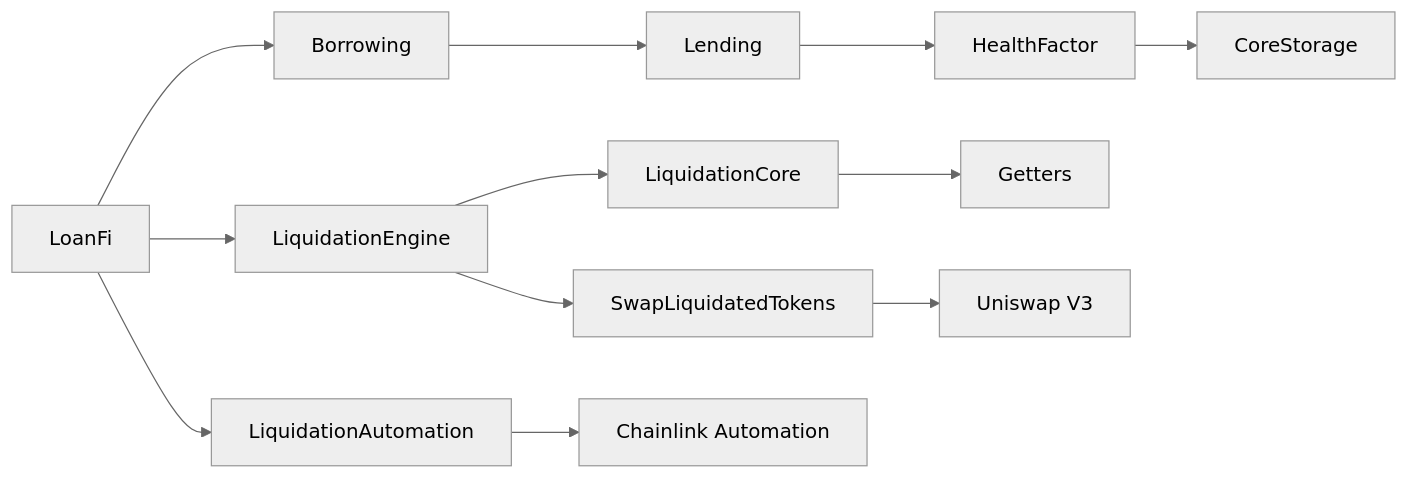
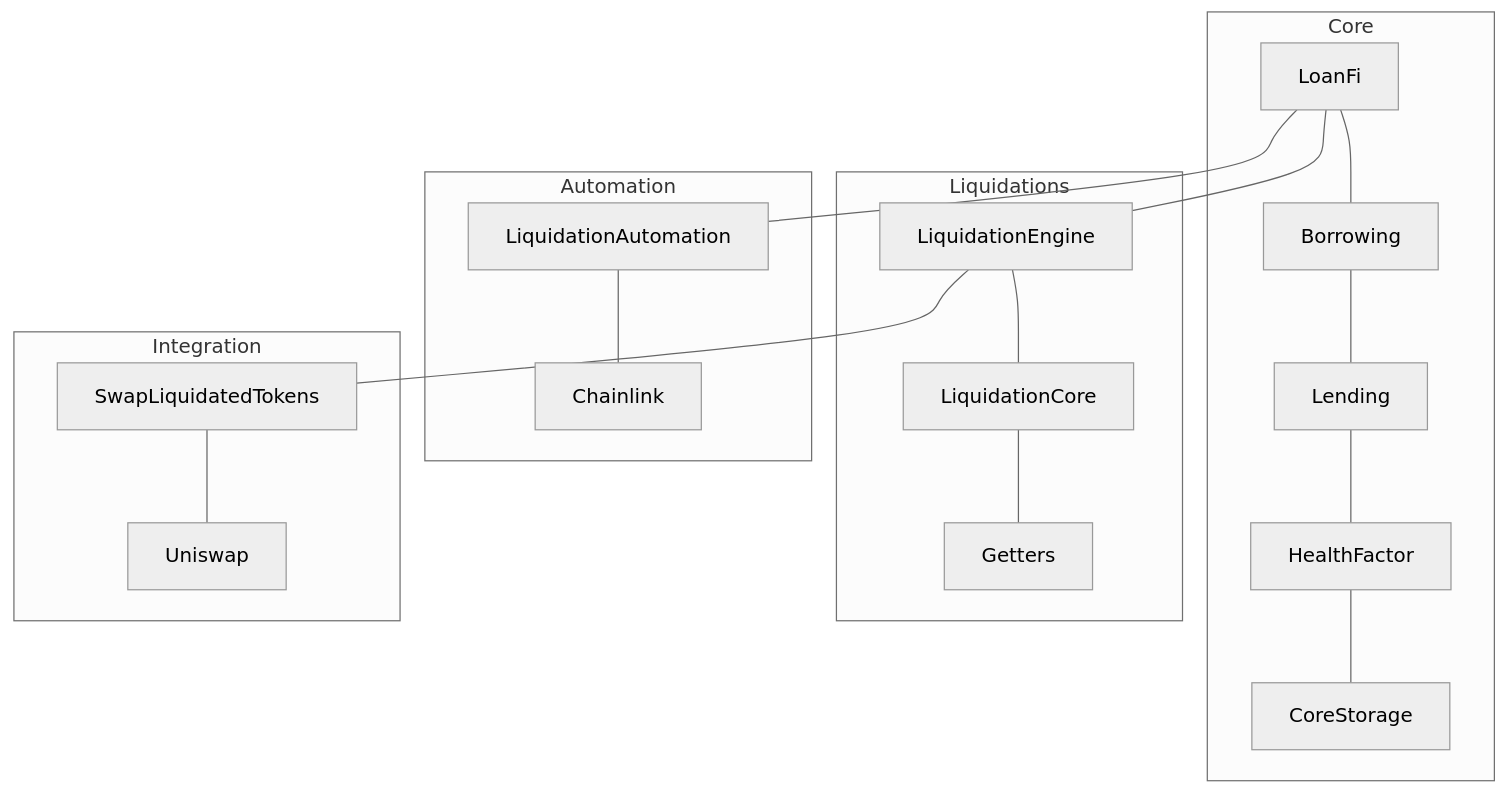
Before and after one commit to SquilliamX/LoanFi-Protocol: the diagram in README.md, drawn with Mermaid (neutral theme).

Commit message:
Refactor README.md to enhance protocol architecture visualization
- Updated the protocol architecture diagram from a linear representation to a modular flowchart format, improving clarity and understanding of the LoanFi Protocol's components.
- Organized the diagram into distinct subgraphs for Core, Liquidations, Automation, and Integration, highlighting the separation of concerns within the architecture.

````diff
--- a/README.md
+++ b/README.md
@@ -69,14 +69,22 @@
 ```mermaid
-graph LR
-    A[LoanFi] --> B[Borrowing]
-    B --> C[Lending]
-    C --> D[HealthFactor]
-    D --> E[CoreStorage]
-    A --> F[LiquidationEngine]
-    F --> G[LiquidationCore]
-    G --> H[Getters]
-    A --> I[LiquidationAutomation]
-    I --> J[Chainlink Automation]
-    F --> K[SwapLiquidatedTokens]
-    K --> L[Uniswap V3]
+flowchart TB
+    subgraph Core
+        A[LoanFi]---B[Borrowing]
+        B---C[Lending]
+        C---D[HealthFactor]
+        D---E[CoreStorage]
+    end
+    subgraph Liquidations
+        A---F[LiquidationEngine]
+        F---G[LiquidationCore]
+        G---H[Getters]
+    end
+    subgraph Automation
+        A---I[LiquidationAutomation]
+        I---J[Chainlink]
+    end
+    subgraph Integration
+        F---K[SwapLiquidatedTokens]
+        K---L[Uniswap]
+    end
 ```
````
